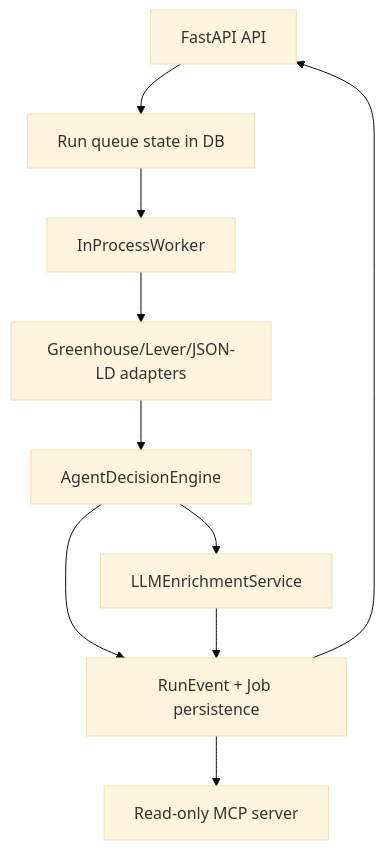
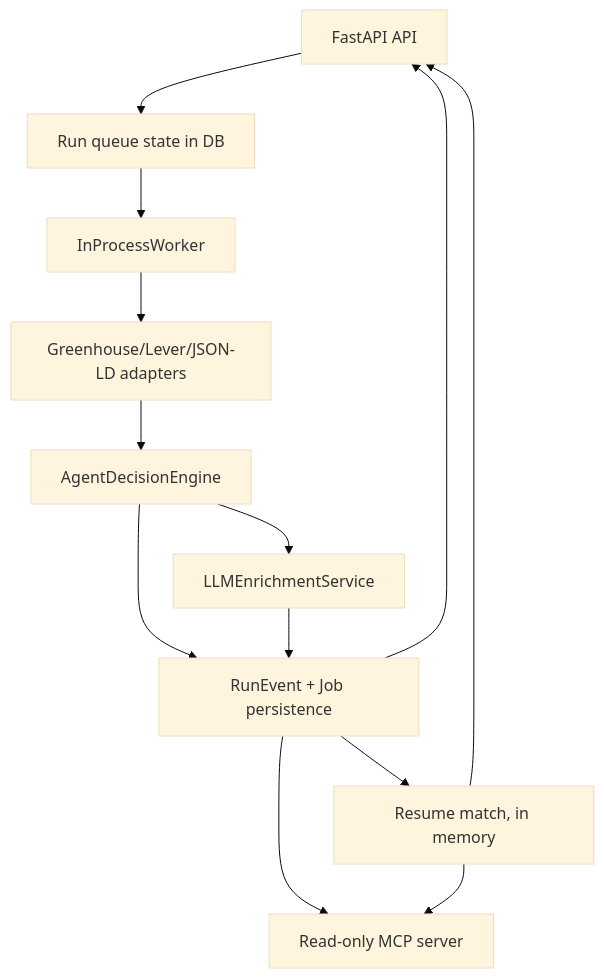
The diagram in ARCHITECTURE.md (Francis1998/agentic-career-search), drawn with Mermaid (base theme) before and after one commit. The commit also changed other lines of this file and 14 other files, not shown here.

First line of the commit message:
docs: resume-to-job match guide, real demo GIF and seeded job descriptions

````diff
--- a/ARCHITECTURE.md
+++ b/ARCHITECTURE.md
@@ -3,12 +3,15 @@
 ```mermaid
 flowchart TD
     API[FastAPI API] --> QUEUE[Run queue state in DB]
     QUEUE --> WORKER[InProcessWorker]
     WORKER --> ADAPTERS[Greenhouse/Lever/JSON-LD adapters]
     ADAPTERS --> ENGINE[AgentDecisionEngine]
     ENGINE --> LLM[LLMEnrichmentService]
     ENGINE --> STORE[RunEvent + Job persistence]
     LLM --> STORE
     STORE --> API
     STORE --> MCP[Read-only MCP server]
+    STORE --> MATCH[Resume match, in memory]
+    MATCH --> API
+    MATCH --> MCP
 ```
````
